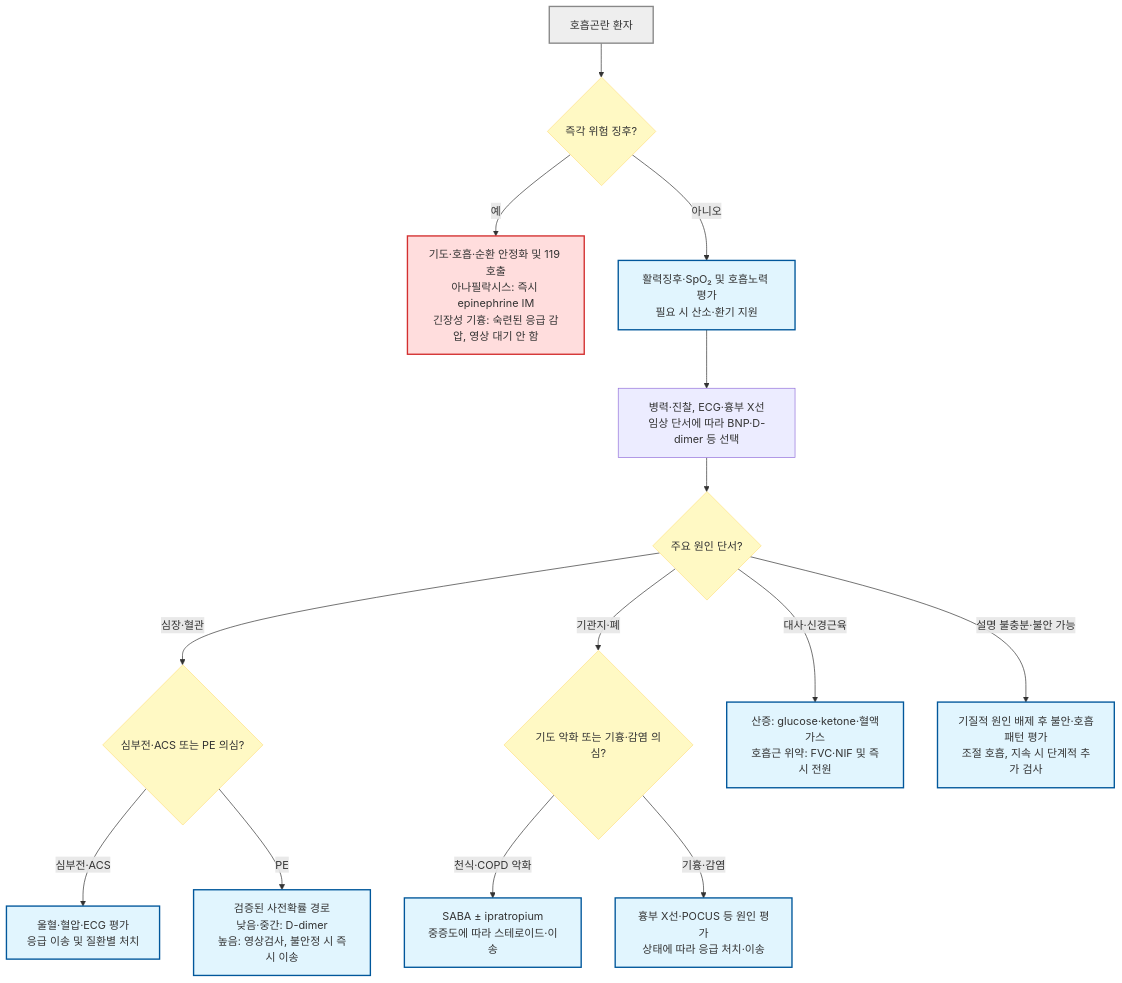
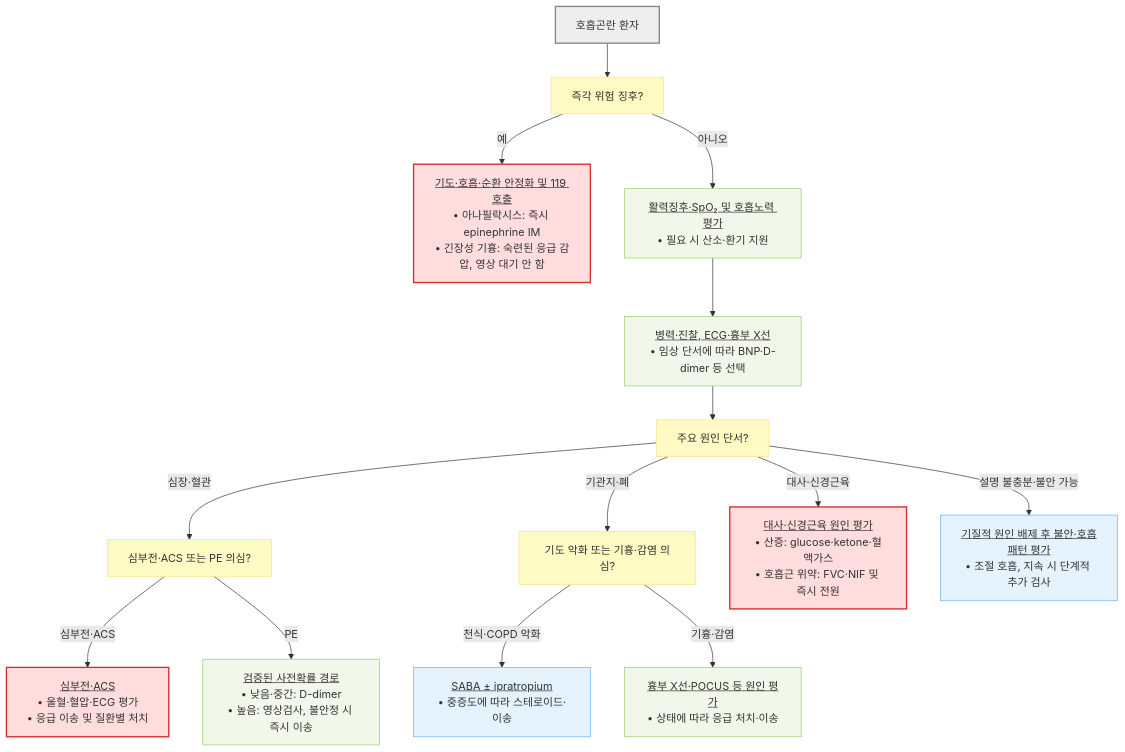
The diagram in 220_/007_-dyspnea.md (familyoh77/familyoh77), drawn with Mermaid before and after one commit. The commit also changed 13 other files, not shown here.

````diff
--- a/220_/007_-dyspnea.md
+++ b/220_/007_-dyspnea.md
@@ -250,22 +250,27 @@
 ```mermaid
 flowchart TD
-    A["호흡곤란 환자"] --> B{"즉각 위험 징후?"}
-    B -- "예" --> C["기도·호흡·순환 안정화 및 119 호출<br>아나필락시스: 즉시 epinephrine IM<br>긴장성 기흉: 숙련된 응급 감압, 영상 대기 안 함"]
-    B -- "아니오" --> D["활력징후·SpO₂ 및 호흡노력 평가<br>필요 시 산소·환기 지원"]
-    D --> F["병력·진찰, ECG·흉부 X선<br>임상 단서에 따라 BNP·D-dimer 등 선택"]
-    F --> G{"주요 원인 단서?"}
-    G -- "심장·혈관" --> H{"심부전·ACS 또는 PE 의심?"}
-    H -- "심부전·ACS" --> H2["울혈·혈압·ECG 평가<br>응급 이송 및 질환별 처치"]
-    H -- "PE" --> J["검증된 사전확률 경로<br>낮음·중간: D-dimer<br>높음: 영상검사, 불안정 시 즉시 이송"]
-    G -- "기관지·폐" --> I{"기도 악화 또는 기흉·감염 의심?"}
-    I -- "천식·COPD 악화" --> I2["SABA ± ipratropium<br>중증도에 따라 스테로이드·이송"]
-    I -- "기흉·감염" --> N["흉부 X선·POCUS 등 원인 평가<br>상태에 따라 응급 처치·이송"]
-    G -- "대사·신경근육" --> K["산증: glucose·ketone·혈액가스<br>호흡근 위약: FVC·NIF 및 즉시 전원"]
-    G -- "설명 불충분·불안 가능" --> L["기질적 원인 배제 후 불안·호흡패턴 평가<br>조절 호흡, 지속 시 단계적 추가 검사"]
+    A["호흡곤란 환자"] --> B["즉각 위험 징후?"]
+    B -- "예" --> C["<u>기도·호흡·순환 안정화 및 119 호출</u><br/>• 아나필락시스: 즉시 epinephrine IM<br/>• 긴장성 기흉: 숙련된 응급 감압, 영상 대기 안 함"]
+    B -- "아니오" --> D["<u>활력징후·SpO₂ 및 호흡노력 평가</u><br/>• 필요 시 산소·환기 지원"]
+    D --> F["<u>병력·진찰, ECG·흉부 X선</u><br/>• 임상 단서에 따라 BNP·D-dimer 등 선택"]
+    F --> G["주요 원인 단서?"]
+    G -- "심장·혈관" --> H["심부전·ACS 또는 PE 의심?"]
+    H -- "심부전·ACS" --> H2["<u>심부전·ACS</u><br/>• 울혈·혈압·ECG 평가<br/>• 응급 이송 및 질환별 처치"]
+    H -- "PE" --> J["<u>검증된 사전확률 경로</u><br/>• 낮음·중간: D-dimer<br/>• 높음: 영상검사, 불안정 시 즉시 이송"]
+    G -- "기관지·폐" --> I["기도 악화 또는 기흉·감염 의심?"]
+    I -- "천식·COPD 악화" --> I2["<u>SABA ± ipratropium</u><br/>• 중증도에 따라 스테로이드·이송"]
+    I -- "기흉·감염" --> N["<u>흉부 X선·POCUS 등 원인 평가</u><br/>• 상태에 따라 응급 처치·이송"]
+    G -- "대사·신경근육" --> K["<u>대사·신경근육 원인 평가</u><br/>• 산증: glucose·ketone·혈액가스<br/>• 호흡근 위약: FVC·NIF 및 즉시 전원"]
+    G -- "설명 불충분·불안 가능" --> L["<u>기질적 원인 배제 후 불안·호흡패턴 평가</u><br/>• 조절 호흡, 지속 시 단계적 추가 검사"]
+
+    classDef start fill:#eeeeee,stroke:#888888,stroke-width:2px
     classDef question fill:#fff9c4,stroke:#ffe082
-    classDef treatment fill:#e1f5fe,stroke:#01579b,stroke-width:2px
+    classDef emergency fill:#ffdddd,stroke:#d32f2f,stroke-width:2px
+    classDef evaluation fill:#f1f8e9,stroke:#9ccc65
+    classDef treatment fill:#e3f2fd,stroke:#64b5f6
+    class A start
     class B,G,H,I question
-    class D,H2,J,I2,N,K,L treatment
-    style C fill:#ffdddd,stroke:#d32f2f,stroke-width:2px
-    style A fill:#eeeeee,stroke:#888888,stroke-width:2px
+    class C,H2,K emergency
+    class D,F,J,N evaluation
+    class I2,L treatment
 ```
````
